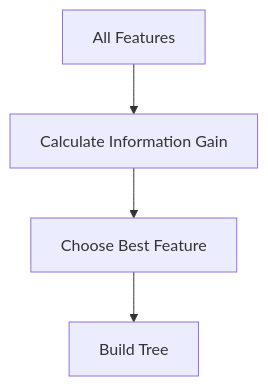
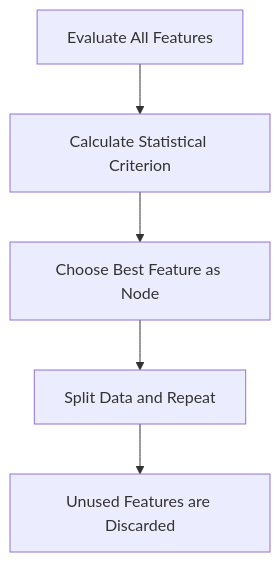
The sixth of 7 diagrams in Trimester 1/Data Preprocessing/W06 - Data Reduction/L1/6.4. Attribute Subset Selection.md (Balasubramanian-pg/MSC.-Data-Science-AI), drawn with Mermaid before and after one commit. The commit also changed other lines of this file, not shown here.

````diff
--- a/Trimester 1/Data Preprocessing/W06 - Data Reduction/L1/6.4. Attribute Subset Selection.md
+++ b/Trimester 1/Data Preprocessing/W06 - Data Reduction/L1/6.4. Attribute Subset Selection.md
@@ -533,9 +371,8 @@
 ```mermaid
 flowchart TD
-    A[All Features]
-    --> B[Calculate Information Gain]
-
-    B --> C[Choose Best Feature]
-
-    C --> D[Build Tree]
+    A[Evaluate All Features]
+    --> B[Calculate Statistical Criterion]
+    B --> C[Choose Best Feature as Node]
+    C --> D[Split Data and Repeat]
+    D --> E[Unused Features are Discarded]
 ```
````
